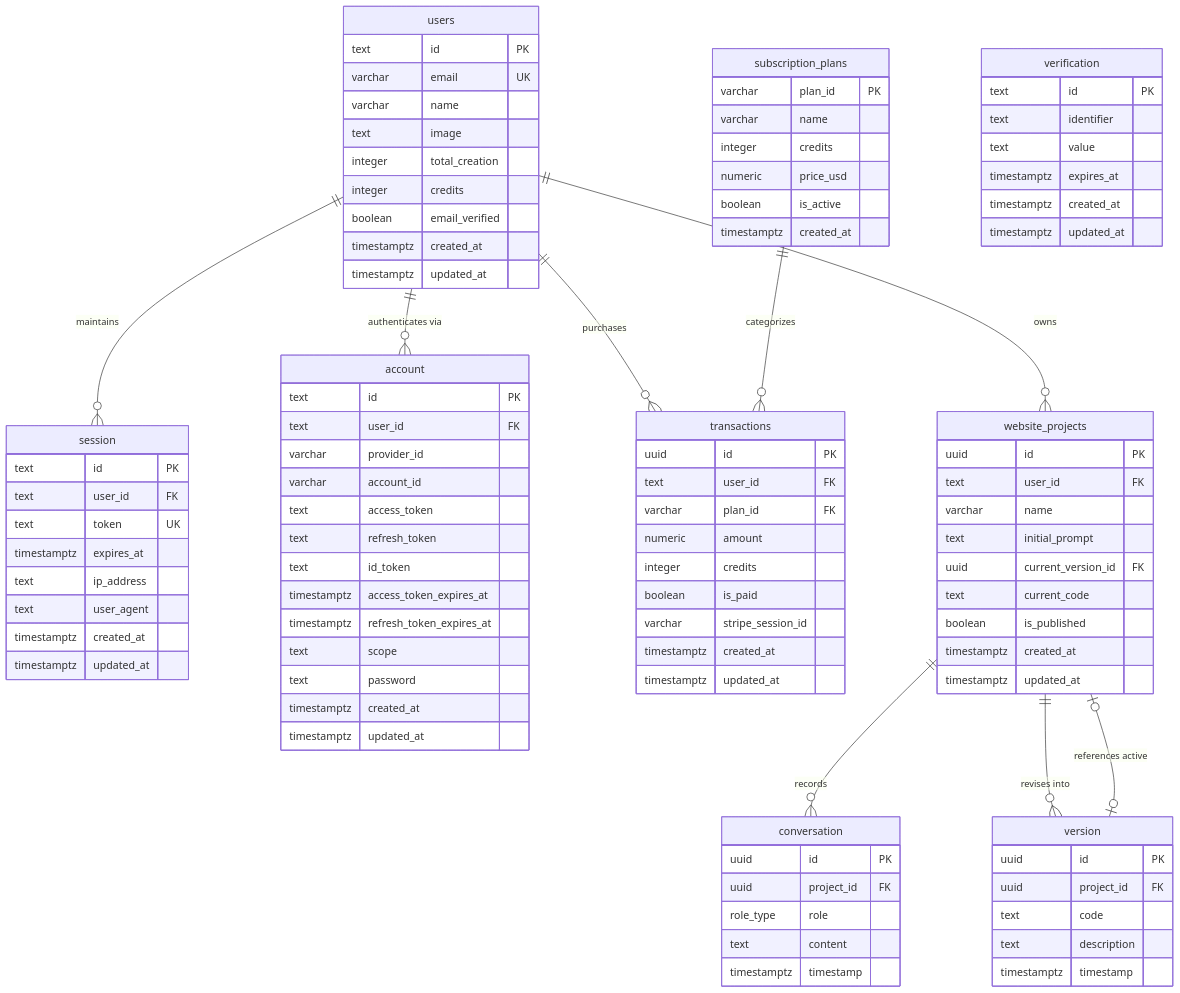
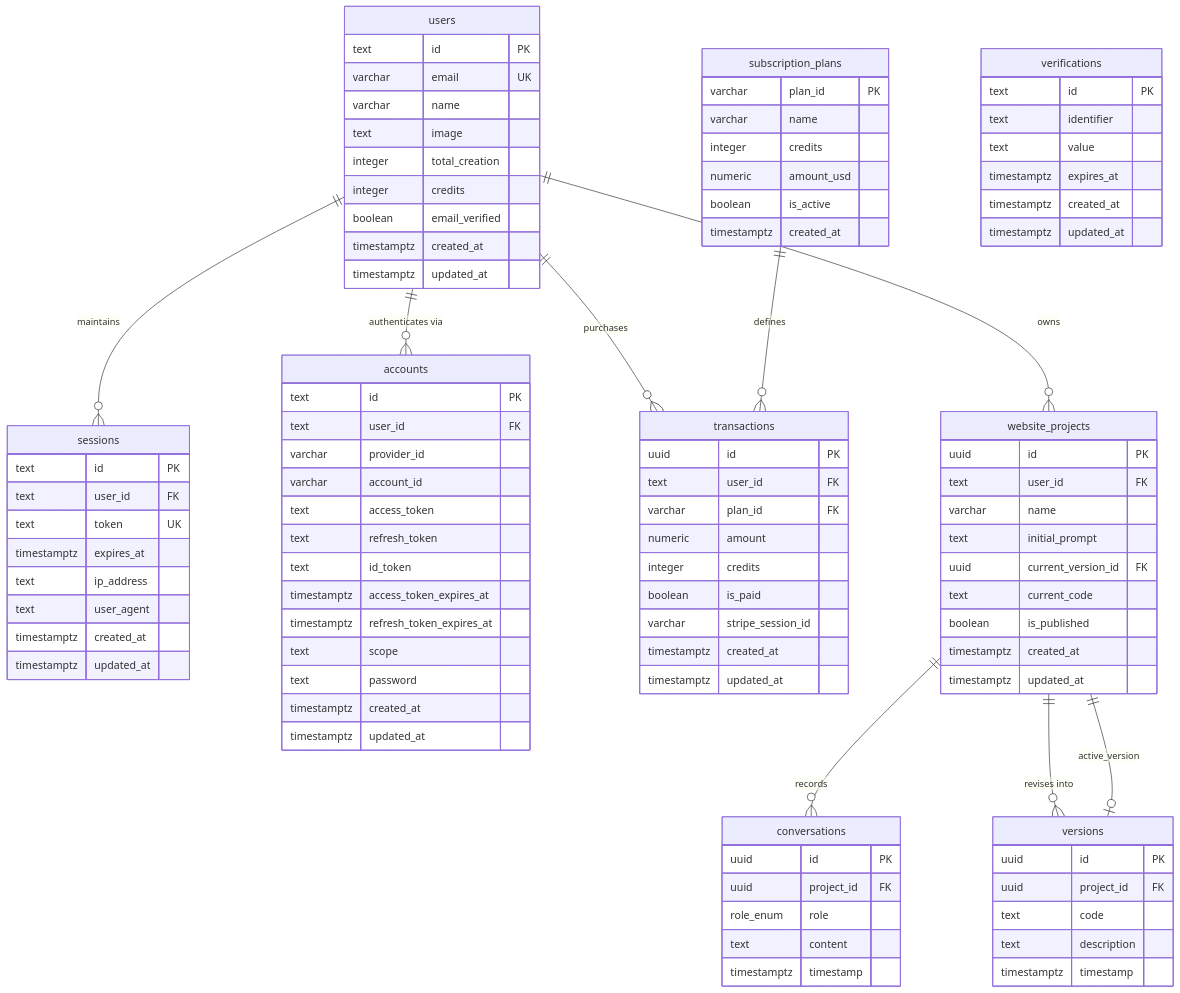
The diagram in dbms/01_normalization.md (shivamchoubey2007/AI_Web_Builder_AP_2026), drawn with Mermaid before and after one commit. The commit also changed other lines of this file and 2 other files, not shown here.

Commit message:
Refine schema text, naming conventions, and add comprehensive Data Dictionary

````diff
--- a/dbms/01_normalization.md
+++ b/dbms/01_normalization.md
@@ -363,13 +475,13 @@
 ```mermaid
 erDiagram
-    users ||--o{ session : "maintains"
-    users ||--o{ account : "authenticates via"
+    users ||--o{ sessions : "maintains"
+    users ||--o{ accounts : "authenticates via"
     users ||--o{ transactions : "purchases"
     users ||--o{ website_projects : "owns"
-    subscription_plans ||--o{ transactions : "categorizes"
-    website_projects ||--o{ conversation : "records"
-    website_projects ||--o{ version : "revises into"
-    website_projects |o--o| version : "references active"
+    subscription_plans ||--o{ transactions : "defines"
+    website_projects ||--o{ conversations : "records"
+    website_projects ||--o{ versions : "revises into"
+    website_projects ||--o| versions : "active_version"
 
     users {
         text id PK
@@ -383,7 +495,7 @@
         timestamptz updated_at
     }
 
-    session {
+    sessions {
         text id PK
         text user_id FK
         text token UK
@@ -394,7 +506,7 @@
         timestamptz updated_at
     }
 
-    account {
+    accounts {
         text id PK
         text user_id FK
         varchar provider_id
@@ -410,7 +522,7 @@
         timestamptz updated_at
     }
 
-    verification {
+    verifications {
         text id PK
         text identifier
         text value
@@ -423,7 +535,7 @@
         varchar plan_id PK
         varchar name
         integer credits
-        numeric price_usd
+        numeric amount_usd
         boolean is_active
         timestamptz created_at
     }
@@ -452,19 +564,19 @@
         timestamptz updated_at
     }
 
-    conversation {
-        uuid id PK
-        uuid project_id FK
-        role_type role
-        text content
-        timestamptz timestamp
-    }
-
-    version {
+    versions {
         uuid id PK
         uuid project_id FK
         text code
         text description
         timestamptz timestamp
     }
+
+    conversations {
+        uuid id PK
+        uuid project_id FK
+        role_enum role
+        text content
+        timestamptz timestamp
+    }
 ```
````
